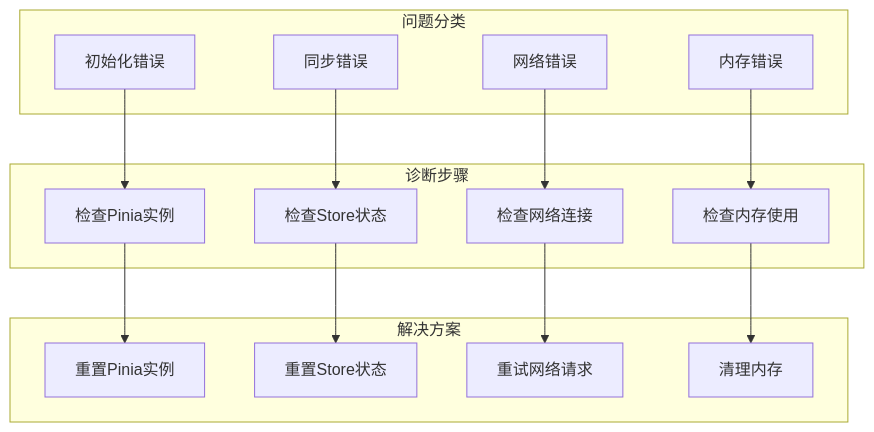
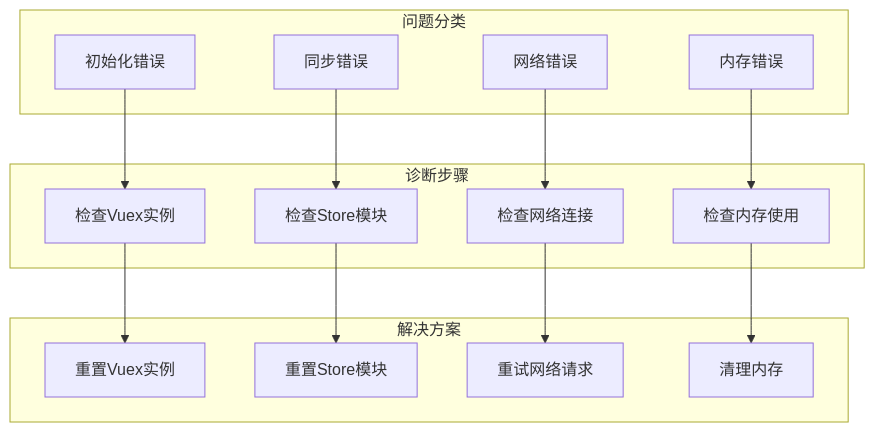
Diagram 11 of 11 in .qoder/repowiki/zh/content/核心架构/Store状态管理系统架构/Pinia状态管理概览.md (Easemob-Community/easemob-uikit-uniapp-community), drawn with Mermaid before and after one commit. The commit also changed other lines of this file and 14 other files, not shown here.

````diff
--- a/.qoder/repowiki/zh/content/核心架构/Store状态管理系统架构/Pinia状态管理概览.md
+++ b/.qoder/repowiki/zh/content/核心架构/Store状态管理系统架构/Pinia状态管理概览.md
@@ -599,29 +576,29 @@
 ```mermaid
 flowchart TD
 subgraph "问题分类"
 InitError[初始化错误]
 SyncError[同步错误]
 NetworkError[网络错误]
 MemoryError[内存错误]
 end
 subgraph "诊断步骤"
-CheckPinia[检查Pinia实例]
-CheckStore[检查Store状态]
+CheckVuex[检查Vuex实例]
+CheckModule[检查Store模块]
 CheckNetwork[检查网络连接]
 CheckMemory[检查内存使用]
 end
 subgraph "解决方案"
-ResetPinia[重置Pinia实例]
-ResetStore[重置Store状态]
+ResetVuex[重置Vuex实例]
+ResetModule[重置Store模块]
 RetryNetwork[重试网络请求]
 CleanupMemory[清理内存]
 end
-InitError --> CheckPinia
-SyncError --> CheckStore
+InitError --> CheckVuex
+SyncError --> CheckModule
 NetworkError --> CheckNetwork
 MemoryError --> CheckMemory
-CheckPinia --> ResetPinia
-CheckStore --> ResetStore
+CheckVuex --> ResetVuex
+CheckModule --> ResetModule
 CheckNetwork --> RetryNetwork
 CheckMemory --> CleanupMemory
 ```
````
